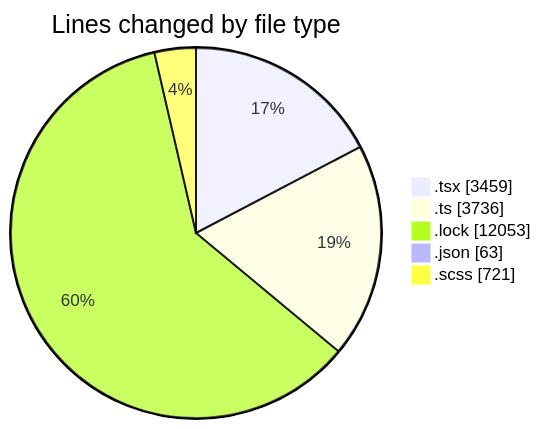
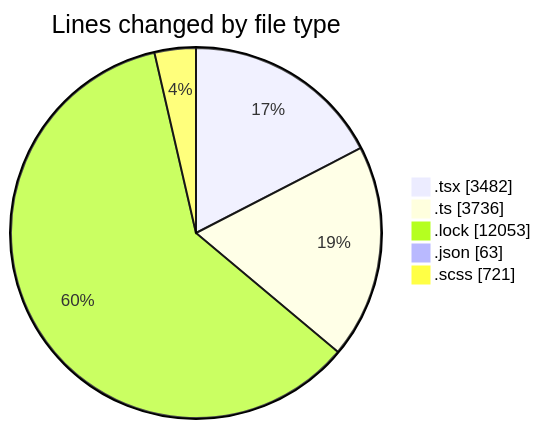
Before and after one commit to momahboobian/code-tracking: the first of 2 diagrams in 2025-12-03/cda/README.md, drawn with Mermaid. The commit also changed other lines of this file and 1 other file, not shown here.

````diff
--- a/2025-12-03/cda/README.md
+++ b/2025-12-03/cda/README.md
@@ -32,9 +32,9 @@
 ```mermaid
 pie showData
 title Lines changed by file type
-".tsx" : 3459
+".tsx" : 3482
 ".ts" : 3736
 ".lock" : 12053
 ".json" : 63
 ".scss" : 721
 ```
````
